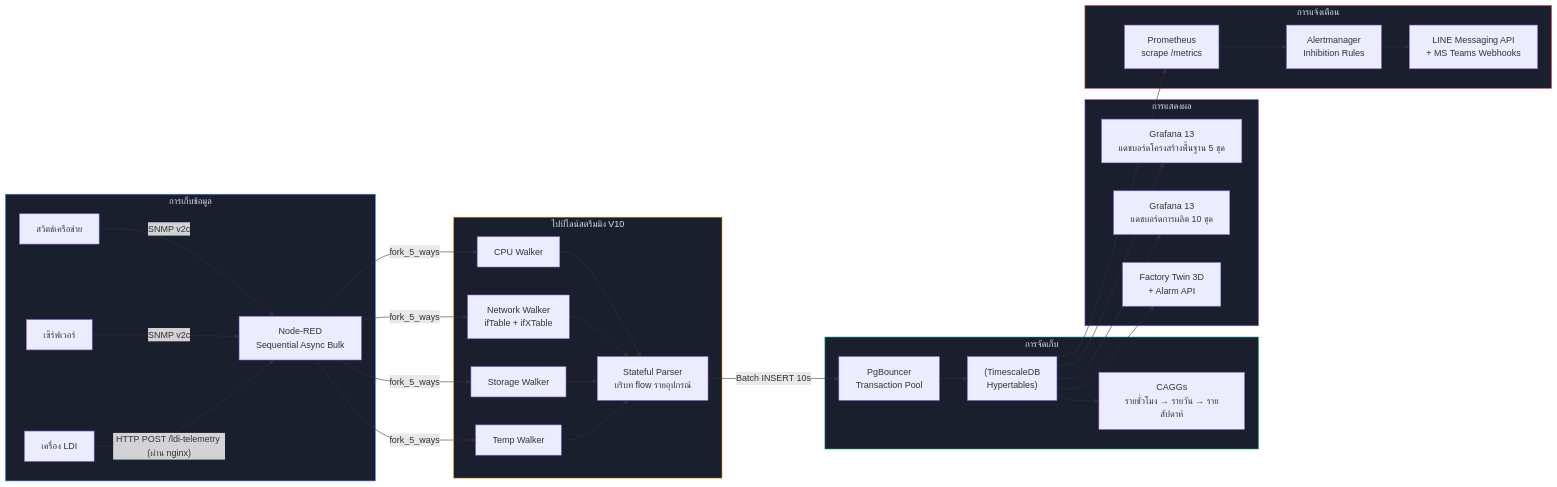
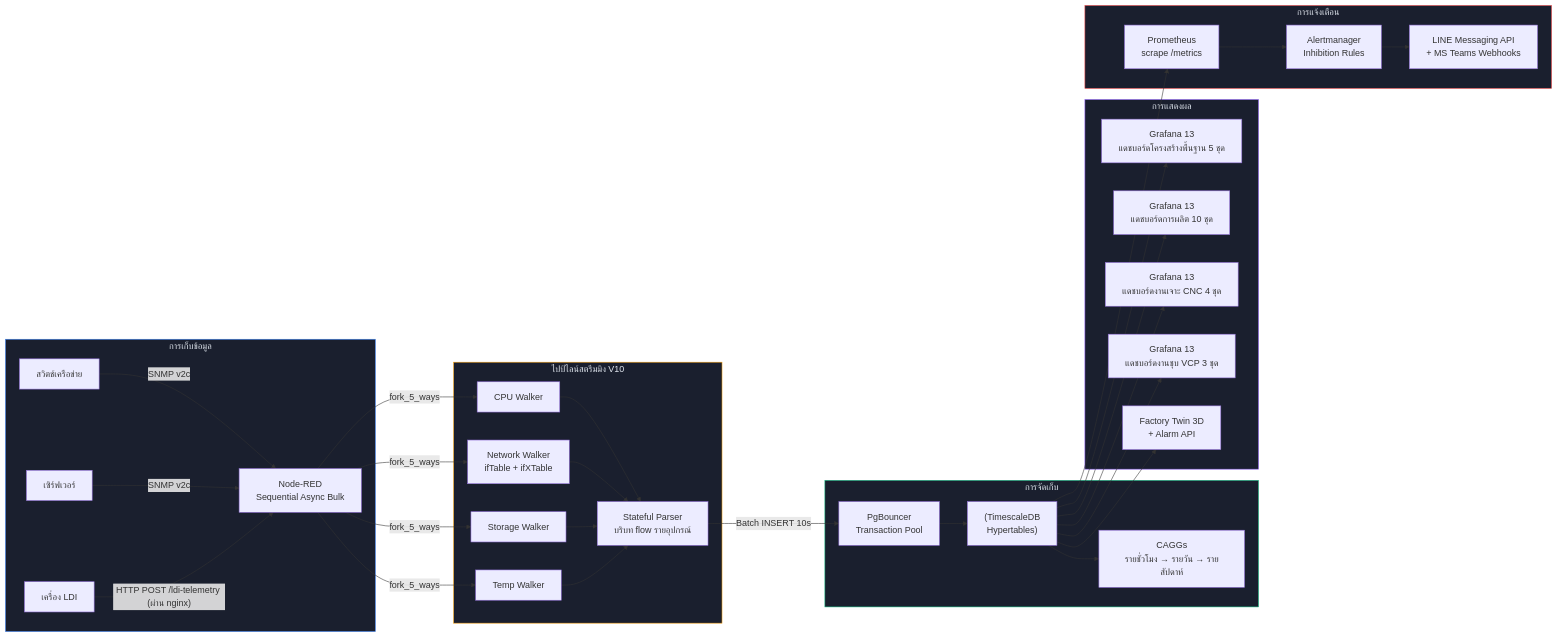
The diagram in th/README.md (PATTANAKORN025/IMS), drawn with Mermaid before and after one commit. The commit also changed other lines of this file and 2 other files, not shown here.

````diff
--- a/th/README.md
+++ b/th/README.md
@@ -229,43 +229,45 @@
 ```mermaid
 flowchart LR
   subgraph Collection ["การเก็บข้อมูล"]
     J["สวิตช์เครือข่าย"] -->|SNMP v2c| W["Node-RED\nSequential Async Bulk"]
     S["เซิร์ฟเวอร์"] -->|SNMP v2c| W
     L["เครื่อง LDI"] -->|"HTTP POST /ldi-telemetry (ผ่าน nginx)"| W
   end
 
   subgraph Processing ["ไปป์ไลน์สตรีมมิง V10"]
     W -->|fork_5_ways| CPU[CPU Walker]
     W -->|fork_5_ways| NET["Network Walker\nifTable + ifXTable"]
     W -->|fork_5_ways| STO[Storage Walker]
     W -->|fork_5_ways| TMP[Temp Walker]
     CPU --> P["Stateful Parser\nบริบท flow รายอุปกรณ์"]
     NET --> P
     STO --> P
     TMP --> P
   end
 
   subgraph Storage ["การจัดเก็บ"]
     P -->|Batch INSERT 10s| B["PgBouncer\nTransaction Pool"]
     B --> T["(TimescaleDB\nHypertables)"]
     T --> CAGG["CAGGs\nรายชั่วโมง → รายวัน → รายสัปดาห์"]
   end
 
   subgraph Visualization ["การแสดงผล"]
     T --> G1["Grafana 13\nแดชบอร์ดโครงสร้างพื้นฐาน 5 ชุด"]
     T --> G2["Grafana 13\nแดชบอร์ดการผลิต 10 ชุด"]
+    T --> G3["Grafana 13\nแดชบอร์ดงานเจาะ CNC 4 ชุด"]
+    T --> G4["Grafana 13\nแดชบอร์ดงานชุบ VCP 3 ชุด"]
     T --> FT["Factory Twin 3D\n+ Alarm API"]
   end
 
   subgraph Alerting ["การแจ้งเตือน"]
     T --> PR["Prometheus\nscrape /metrics"]
     PR --> AM["Alertmanager\nInhibition Rules"]
     AM --> WEB["LINE Messaging API\n+ MS Teams Webhooks"]
   end
 
   style Collection fill:#1a1f2e,stroke:#3B82F6,color:#e2e8f0
   style Processing fill:#1a1f2e,stroke:#F59E0B,color:#e2e8f0
   style Storage fill:#1a1f2e,stroke:#10B981,color:#e2e8f0
   style Visualization fill:#1a1f2e,stroke:#8B5CF6,color:#e2e8f0
   style Alerting fill:#1a1f2e,stroke:#EF4444,color:#e2e8f0
 ```
````
